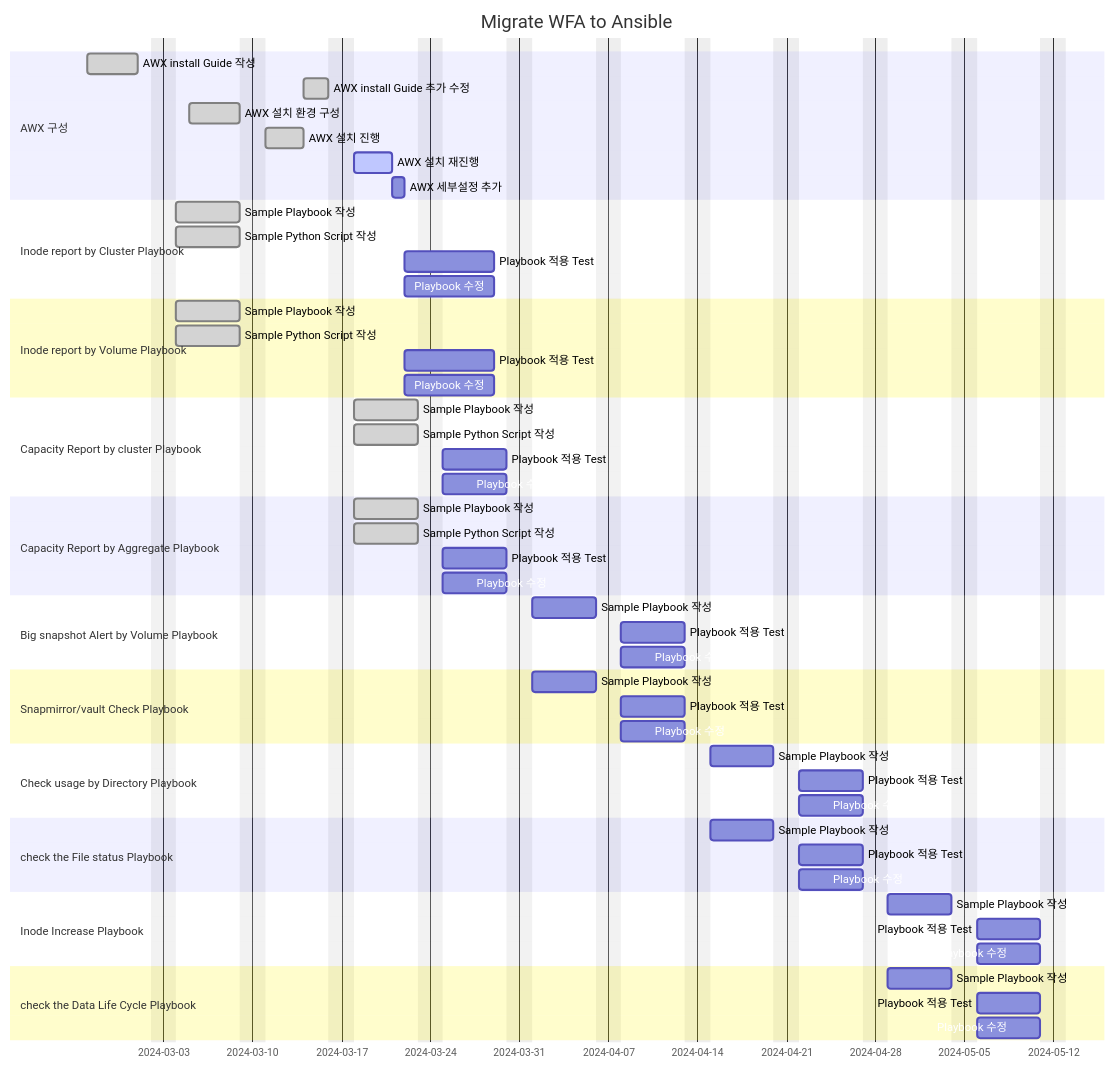
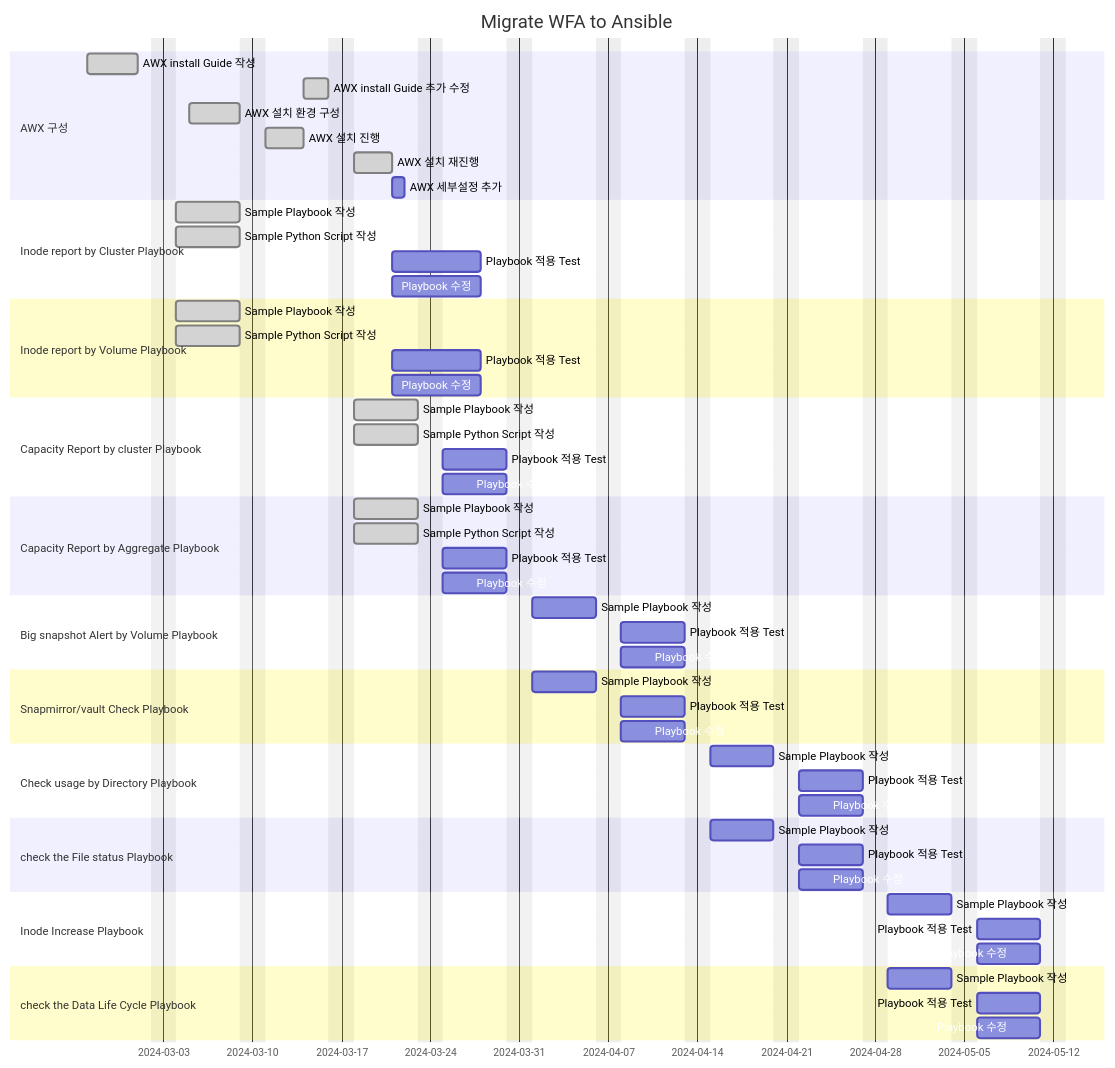
The diagram in SKHynix/Readme.md (netappkr/AnsiblePlaybook), drawn with Mermaid before and after one commit.

````diff
--- a/SKHynix/Readme.md
+++ b/SKHynix/Readme.md
@@ -62,68 +62,68 @@
 ```mermaid
 gantt
     title Migrate WFA to Ansible
     dateFormat  YYYY-MM-DD
     excludes    weekends
 
     section AWX 구성
     AWX install Guide 작성  : done, awx1, 2024-02-26, 4d
     AWX install Guide 추가 수정  : done, awx1-1, after awx3, 2d
     AWX 설치 환경 구성  : done, awx2, 2024-03-05, 4d
     AWX 설치 진행 : done, awx3, after awx2 , 3d
-    AWX 설치 재진행 : active, awx3-1, after awx1-1 , 3d
+    AWX 설치 재진행 : done, awx3-1, after awx1-1 , 3d
     AWX 세부설정 추가 : awx4, after awx3-1, 1d
 
     section Inode report by Cluster Playbook
     Sample Playbook 작성 : done,p1-1, 2024-03-04, 5d
     Sample Python Script 작성 : done, p1-2, 2024-03-04, 5d
-    Playbook 적용 Test: p1-3, after awx4,  5d
-    Playbook 수정 : p1-4, after awx4 , 5d
+    Playbook 적용 Test: p1-3, 2024-03-21,  5d
+    Playbook 수정 : p1-4, 2024-03-21 , 5d
 
     section Inode report by Volume Playbook
     Sample Playbook 작성 : done, p2-1, 2024-03-04, 5d
     Sample Python Script 작성 : done, p2-2, 2024-03-04, 5d
-    Playbook 적용 Test: p2-3, after awx4,  5d
-    Playbook 수정 : p2-4, after awx4 , 5d
+    Playbook 적용 Test: p2-3, 2024-03-21,  5d
+    Playbook 수정 : p2-4, 2024-03-21 , 5d
 
     section Capacity Report by cluster Playbook
     Sample Playbook 작성 : done, p3-1, 2024-03-18, 5d
     Sample Python Script 작성 : done, p3-2, 2024-03-18, 5d
     Playbook 적용 Test: p3-3, after p3-1,  5d
     Playbook 수정 : p3-4, after p3-1 , 5d
 
     section Capacity Report by Aggregate Playbook
     Sample Playbook 작성 : done, p4-1, 2024-03-18, 5d
     Sample Python Script 작성 : done, p4-2, 2024-03-18, 5d
     Playbook 적용 Test: p4-3, after p4-1,  5d
     Playbook 수정 : p4-3, after p4-1 , 5d
 
     section Big snapshot Alert by Volume Playbook
     Sample Playbook 작성 : p5-1, 2024-04-01, 5d
     Playbook 적용 Test: p5-2, after p5-1,  5d
     Playbook 수정 : p5-3, after p5-1 , 5d
 
     section Snapmirror/vault Check Playbook
     Sample Playbook 작성 : p6-1, 2024-04-01, 5d
     Playbook 적용 Test: p6-2, after p6-1,  5d
     Playbook 수정 : p6-3, after p6-1 , 5d
 
     section Check usage by Directory Playbook
     Sample Playbook 작성 : p7-1, 2024-04-15, 5d
     Playbook 적용 Test: p7-2, after p7-1,  5d
     Playbook 수정 : p7-3, after p7-1 , 5d
 
     section check the File status Playbook
     Sample Playbook 작성 : p8-1, 2024-04-15, 5d
     Playbook 적용 Test: p8-2, after p8-1,  5d
     Playbook 수정 : p8-3, after p8-1 , 5d
 
     section Inode Increase Playbook
     Sample Playbook 작성 : p9-1, 2024-04-29, 5d
     Playbook 적용 Test: p9-2, after p9-1,  5d
     Playbook 수정 : p9-3, after p9-1 , 5d
 
     section check the Data Life Cycle Playbook
     Sample Playbook 작성 : p10-1, 2024-04-29, 5d
     Playbook 적용 Test: p10-2, after p10-1,  5d
     Playbook 수정 : p10-3, after p10-1 , 5d
 ```
````
